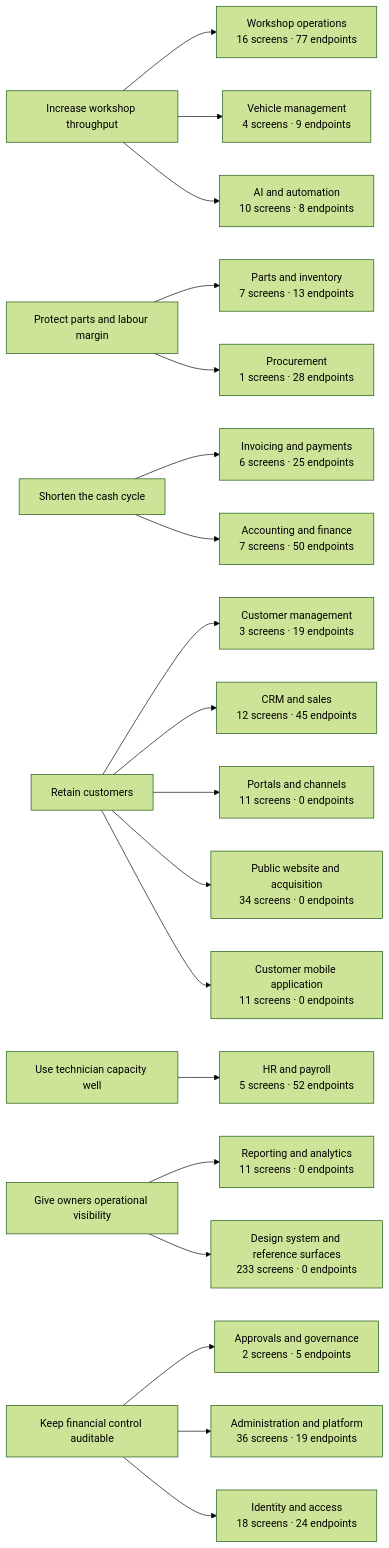
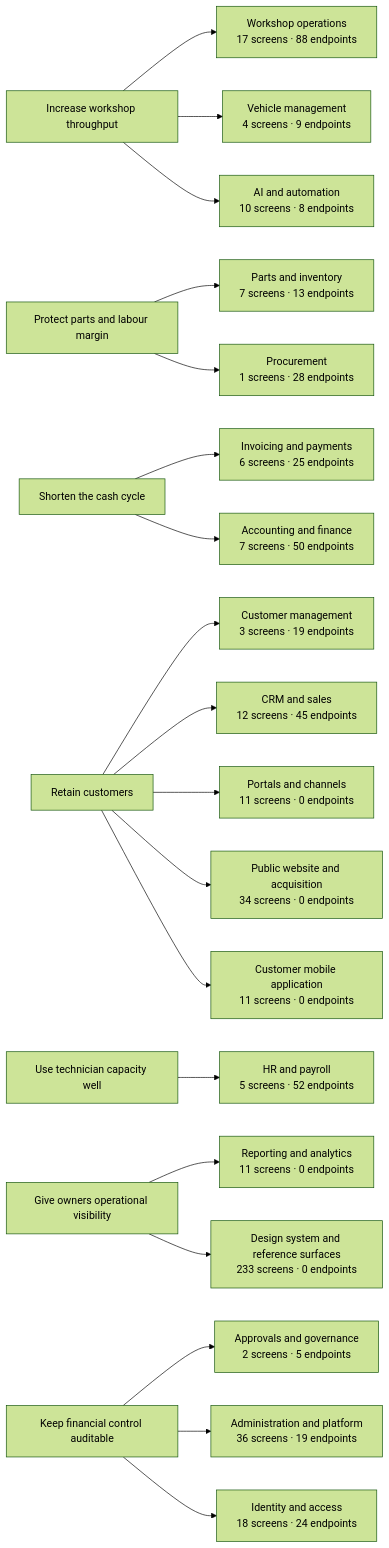
Before and after one commit to tazamohd/SlClNe: the diagram in docs/07_BUSINESS_ANALYSIS/BUSINESS_CAPABILITY_MAP.md, drawn with Mermaid (forest theme). The commit also changed other lines of this file and 130 other files, not shown here.

````diff
--- a/docs/07_BUSINESS_ANALYSIS/BUSINESS_CAPABILITY_MAP.md
+++ b/docs/07_BUSINESS_ANALYSIS/BUSINESS_CAPABILITY_MAP.md
@@ -22,46 +22,46 @@
 ```mermaid
 flowchart LR
   OBJ_THROUGHPUT["Increase workshop throughput"]
   OBJ_MARGIN["Protect parts and labour margin"]
   OBJ_CASH["Shorten the cash cycle"]
   OBJ_RETENTION["Retain customers"]
   OBJ_CAPACITY["Use technician capacity well"]
   OBJ_VISIBILITY["Give owners operational visibility"]
   OBJ_CONTROL["Keep financial control auditable"]
-  CAP_WORKSHOP["Workshop operations<br/>16 screens · 77 endpoints"]
+  CAP_WORKSHOP["Workshop operations<br/>17 screens · 88 endpoints"]
   OBJ_THROUGHPUT --> CAP_WORKSHOP
   CAP_CUSTOMERS["Customer management<br/>3 screens · 19 endpoints"]
   OBJ_RETENTION --> CAP_CUSTOMERS
   CAP_VEHICLES["Vehicle management<br/>4 screens · 9 endpoints"]
   OBJ_THROUGHPUT --> CAP_VEHICLES
   CAP_INVENTORY["Parts and inventory<br/>7 screens · 13 endpoints"]
   OBJ_MARGIN --> CAP_INVENTORY
   CAP_PROCUREMENT["Procurement<br/>1 screens · 28 endpoints"]
   OBJ_MARGIN --> CAP_PROCUREMENT
   CAP_BILLING["Invoicing and payments<br/>6 screens · 25 endpoints"]
   OBJ_CASH --> CAP_BILLING
   CAP_ACCOUNTING["Accounting and finance<br/>7 screens · 50 endpoints"]
   OBJ_CASH --> CAP_ACCOUNTING
   CAP_HR["HR and payroll<br/>5 screens · 52 endpoints"]
   OBJ_CAPACITY --> CAP_HR
   CAP_CRM["CRM and sales<br/>12 screens · 45 endpoints"]
   OBJ_RETENTION --> CAP_CRM
   CAP_REPORTING["Reporting and analytics<br/>11 screens · 0 endpoints"]
   OBJ_VISIBILITY --> CAP_REPORTING
   CAP_GOVERNANCE["Approvals and governance<br/>2 screens · 5 endpoints"]
   OBJ_CONTROL --> CAP_GOVERNANCE
   CAP_PORTALS["Portals and channels<br/>11 screens · 0 endpoints"]
   OBJ_RETENTION --> CAP_PORTALS
   CAP_AI["AI and automation<br/>10 screens · 8 endpoints"]
   OBJ_THROUGHPUT --> CAP_AI
   CAP_PLATFORM["Administration and platform<br/>36 screens · 19 endpoints"]
   OBJ_CONTROL --> CAP_PLATFORM
   CAP_IDENTITY["Identity and access<br/>18 screens · 24 endpoints"]
   OBJ_CONTROL --> CAP_IDENTITY
   CAP_WEBSITE["Public website and acquisition<br/>34 screens · 0 endpoints"]
   OBJ_RETENTION --> CAP_WEBSITE
   CAP_CUSTOMERAPP["Customer mobile application<br/>11 screens · 0 endpoints"]
   OBJ_RETENTION --> CAP_CUSTOMERAPP
   CAP_DESIGNSYSTEM["Design system and reference surfaces<br/>233 screens · 0 endpoints"]
   OBJ_VISIBILITY --> CAP_DESIGNSYSTEM
 ```
````
